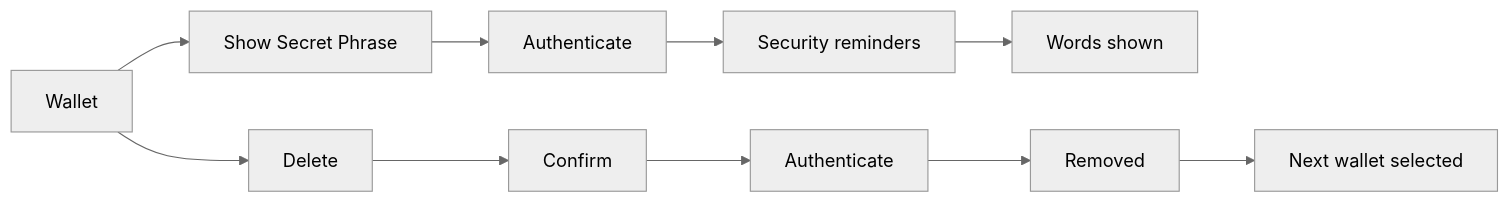
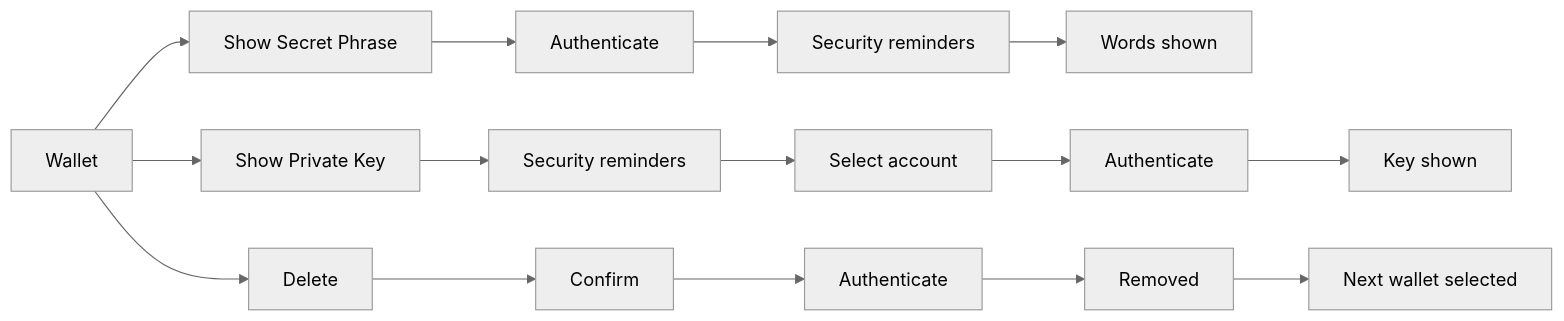
Before and after one commit to Kimou-VM/wallet: the third of 3 diagrams in docs/product/wallet.md, drawn with Mermaid (neutral theme). The commit also changed other lines of this file and 44 other files, not shown here.

First line of the commit message:
Export a private key per account, Phantom style (#1217)

````diff
--- a/docs/product/wallet.md
+++ b/docs/product/wallet.md
@@ -73,5 +73,6 @@
 ```mermaid
 flowchart LR
     A[Wallet] --> B[Show Secret Phrase] --> C[Authenticate] --> D[Security reminders] --> E[Words shown]
+    A --> K[Show Private Key] --> L[Security reminders] --> M[Select account] --> N[Authenticate] --> O[Key shown]
     A --> F[Delete] --> G[Confirm] --> H[Authenticate] --> I[Removed] --> J[Next wallet selected]
 ```
````
